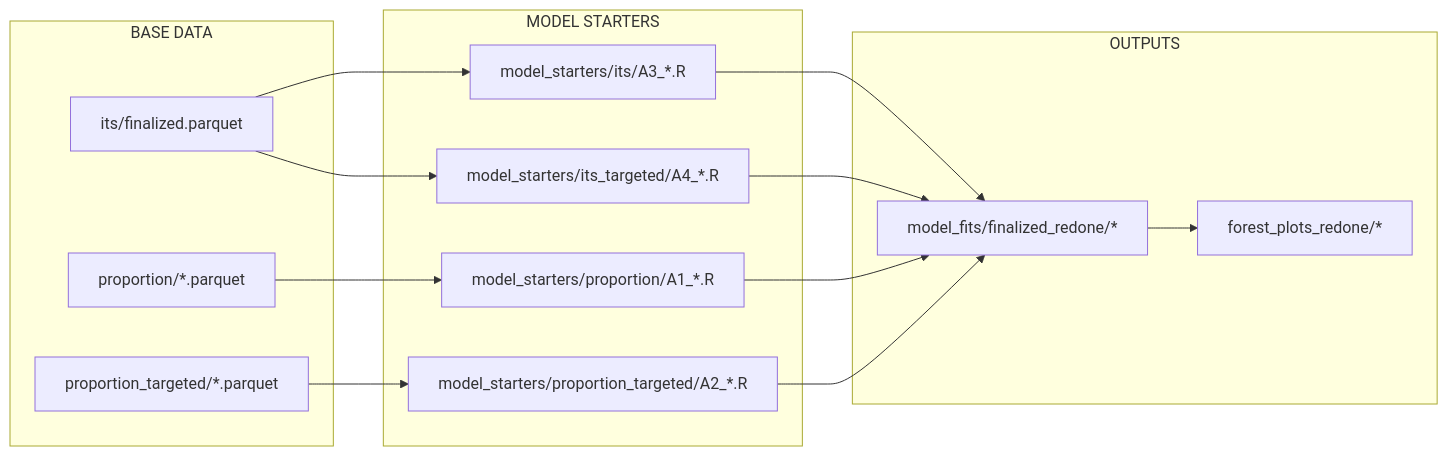
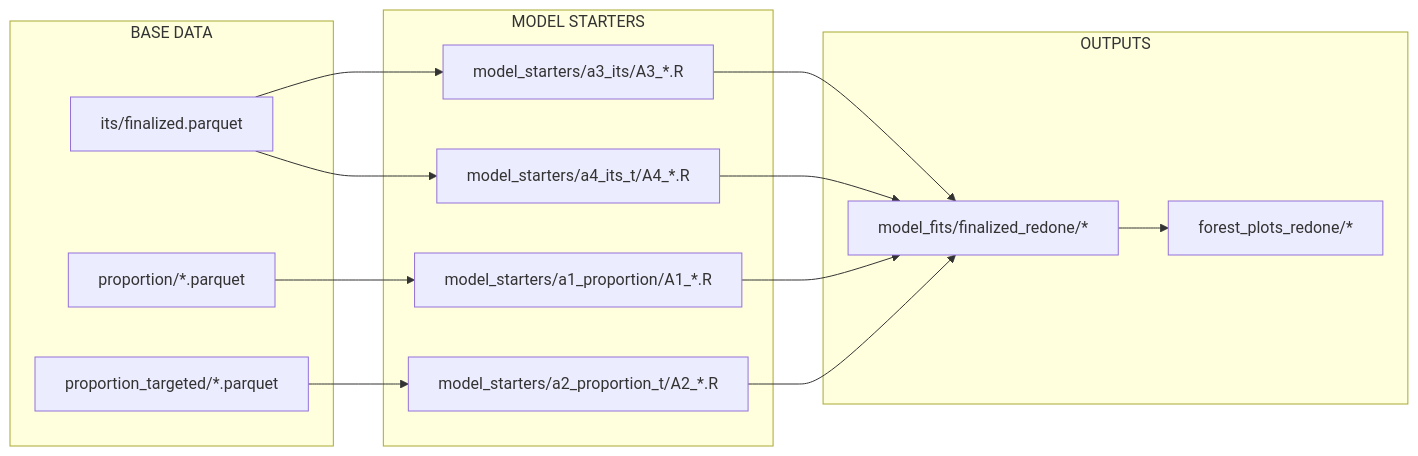
One commit to jaredwins99/alt-protein-sales-effects changed the diagram in review/catalogue.md. Above: the diagram before and after it, drawn with Mermaid. The commit also changed other lines of this file and 177 other files, not shown here.

````diff
--- a/review/catalogue.md
+++ b/review/catalogue.md
@@ -98,31 +98,31 @@
 ```mermaid
 flowchart LR
     subgraph BASE DATA
         B1[its/finalized.parquet]
         B2[proportion/*.parquet]
         B3[proportion_targeted/*.parquet]
     end
 
     subgraph MODEL STARTERS
-        C1[model_starters/its/A3_*.R]
-        C2[model_starters/proportion/A1_*.R]
-        C3[model_starters/proportion_targeted/A2_*.R]
-        C5[model_starters/its_targeted/A4_*.R]
+        C1[model_starters/a3_its/A3_*.R]
+        C2[model_starters/a1_proportion/A1_*.R]
+        C3[model_starters/a2_proportion_t/A2_*.R]
+        C5[model_starters/a4_its_t/A4_*.R]
     end
 
     subgraph OUTPUTS
         F1[model_fits/finalized_redone/*]
         G1[forest_plots_redone/*]
     end
 
     B1 --> C1
     B1 --> C5
     B2 --> C2
     B3 --> C3
 
     C1 --> F1
     C2 --> F1
     C3 --> F1
     C5 --> F1
     F1 --> G1
 ```
````
